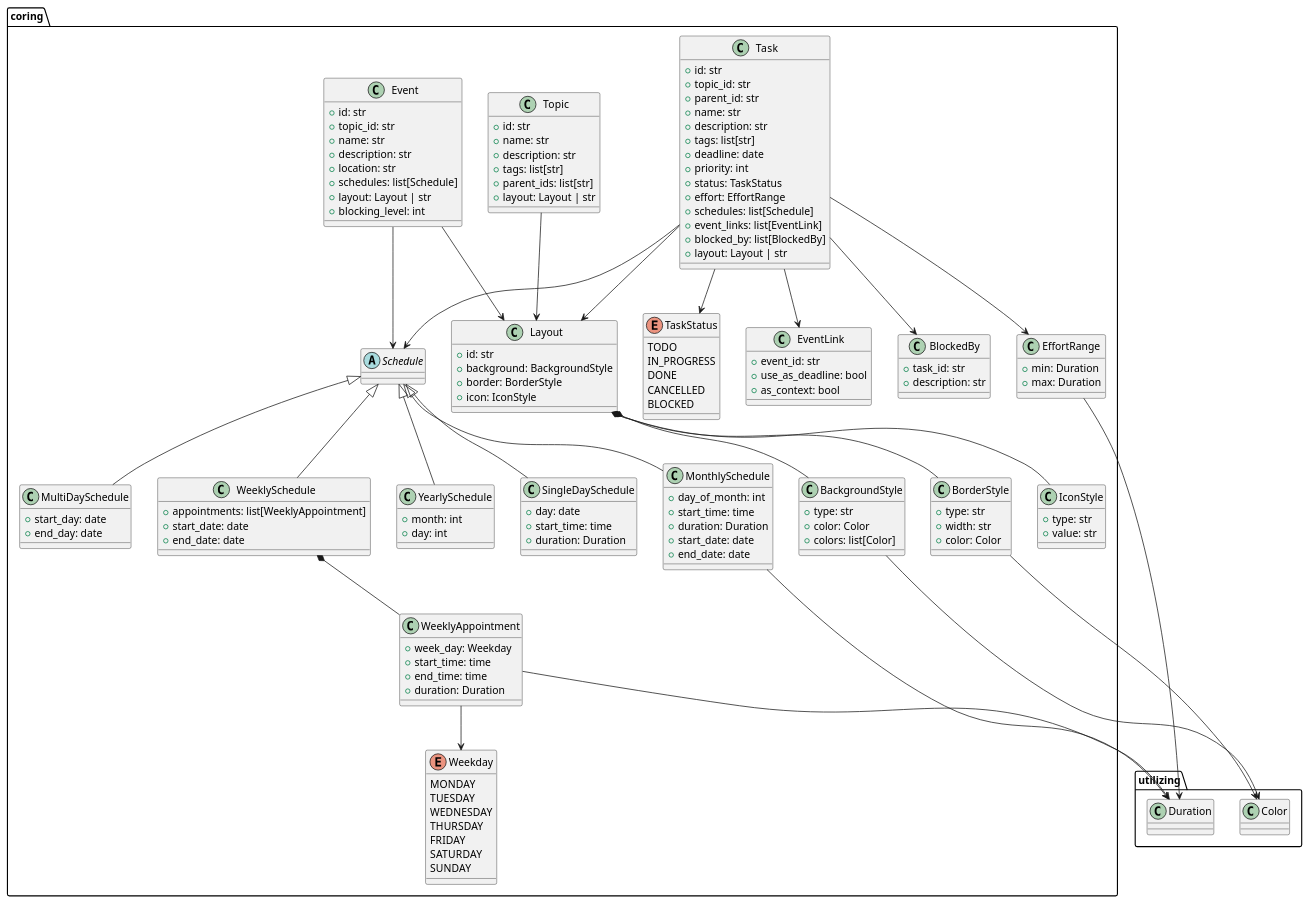
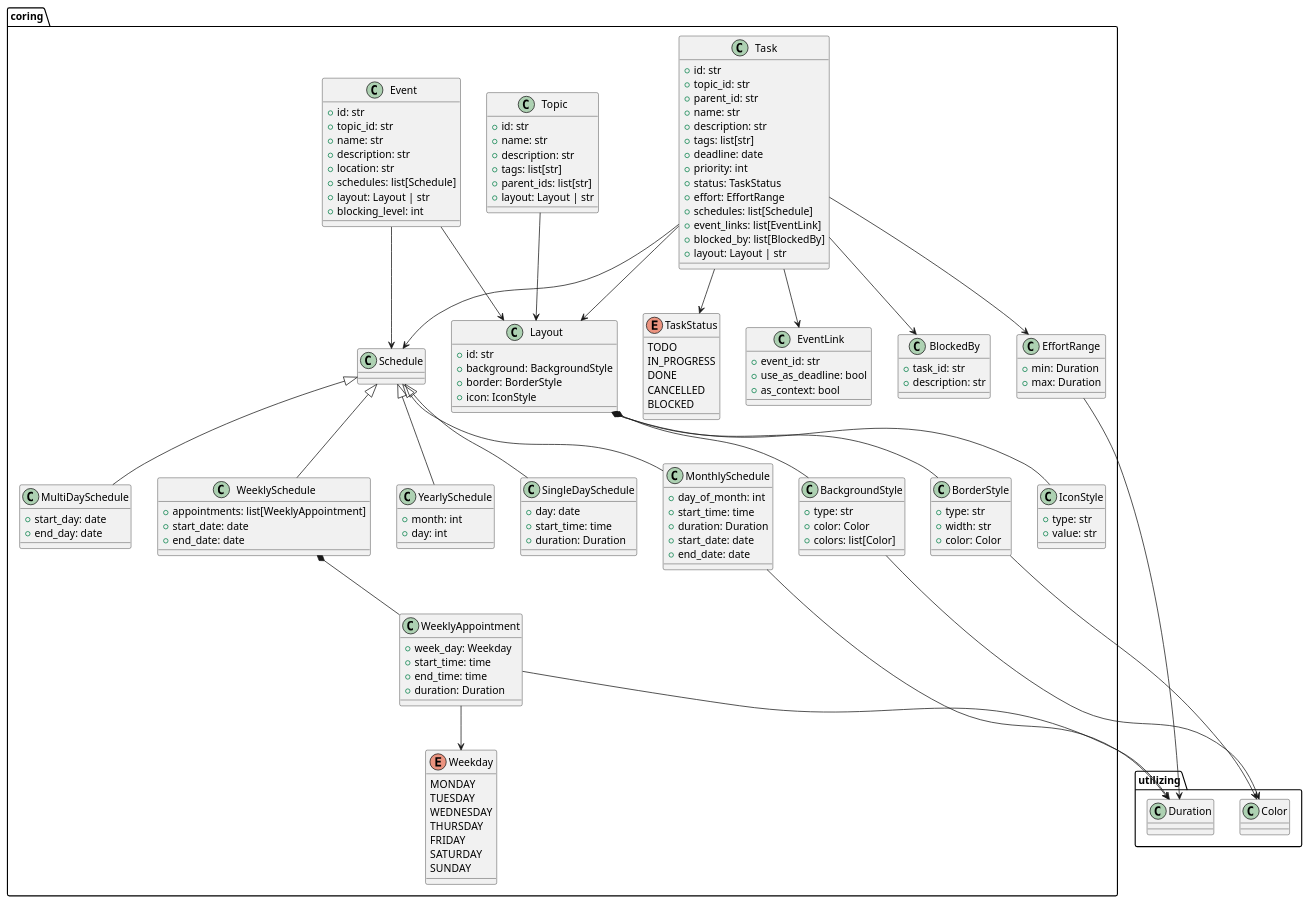
One commit to jparisu/yasched changed the diagram in devs/coring/coring.puml. Above: the diagram before and after it, drawn with PlantUML. The commit also changed 37 other files, not shown here.

```diff
--- a/devs/coring/coring.puml
+++ b/devs/coring/coring.puml
@@ -1,179 +1,179 @@
 @startuml coring
 
 ' ── Utilities (external) ─────────────────────────────────────
 package utilizing {
   class Color
   class Duration
 }
 
 ' ── Coring ───────────────────────────────────────────────────
 package coring {
 
   ' ── Layout ─────────────────────────────────────────────────
   class BackgroundStyle {
     + type: str
     + color: Color
     + colors: list[Color]
   }
 
   class BorderStyle {
     + type: str
     + width: str
     + color: Color
   }
 
   class IconStyle {
     + type: str
     + value: str
   }
 
   class Layout {
     + id: str
     + background: BackgroundStyle
     + border: BorderStyle
     + icon: IconStyle
   }
 
   Layout *-- BackgroundStyle
   Layout *-- BorderStyle
   Layout *-- IconStyle
   BackgroundStyle --> Color
   BorderStyle --> Color
 
   ' ── Schedule ────────────────────────────────────────────────
-  abstract class Schedule
+  class Schedule
 
   class WeeklyAppointment {
     + week_day: Weekday
     + start_time: time
     + end_time: time
     + duration: Duration
   }
 
   class WeeklySchedule {
     + appointments: list[WeeklyAppointment]
     + start_date: date
     + end_date: date
   }
 
   class MonthlySchedule {
     + day_of_month: int
     + start_time: time
     + duration: Duration
     + start_date: date
     + end_date: date
   }
 
   class YearlySchedule {
     + month: int
     + day: int
   }
 
   class SingleDaySchedule {
     + day: date
     + start_time: time
     + duration: Duration
   }
 
   class MultiDaySchedule {
     + start_day: date
     + end_day: date
   }
 
   Schedule <|-- WeeklySchedule
   Schedule <|-- MonthlySchedule
   Schedule <|-- YearlySchedule
   Schedule <|-- SingleDaySchedule
   Schedule <|-- MultiDaySchedule
   WeeklySchedule *-- WeeklyAppointment
   WeeklyAppointment --> Duration
   MonthlySchedule --> Duration
 
   ' ── Support types ────────────────────────────────────────────
   enum Weekday {
     MONDAY
     TUESDAY
     WEDNESDAY
     THURSDAY
     FRIDAY
     SATURDAY
     SUNDAY
   }
 
   enum TaskStatus {
     TODO
     IN_PROGRESS
     DONE
     CANCELLED
     BLOCKED
   }
 
   class EffortRange {
     + min: Duration
     + max: Duration
   }
 
   class EventLink {
     + event_id: str
     + use_as_deadline: bool
     + as_context: bool
   }
 
   class BlockedBy {
     + task_id: str
     + description: str
   }
 
   EffortRange --> Duration
 
   ' ── Domain entities ──────────────────────────────────────────
   class Topic {
     + id: str
     + name: str
     + description: str
     + tags: list[str]
     + parent_ids: list[str]
     + layout: Layout | str
   }
 
   class Event {
     + id: str
     + topic_id: str
     + name: str
     + description: str
     + location: str
     + schedules: list[Schedule]
     + layout: Layout | str
     + blocking_level: int
   }
 
   class Task {
     + id: str
     + topic_id: str
     + parent_id: str
     + name: str
     + description: str
     + tags: list[str]
     + deadline: date
     + priority: int
     + status: TaskStatus
     + effort: EffortRange
     + schedules: list[Schedule]
     + event_links: list[EventLink]
     + blocked_by: list[BlockedBy]
     + layout: Layout | str
   }
 
   Topic --> Layout
   Event --> Layout
   Event --> Schedule
   Task --> Layout
   Task --> Schedule
   Task --> TaskStatus
   Task --> EffortRange
   Task --> EventLink
   Task --> BlockedBy
   WeeklyAppointment --> Weekday
 }
 
 @enduml
```
